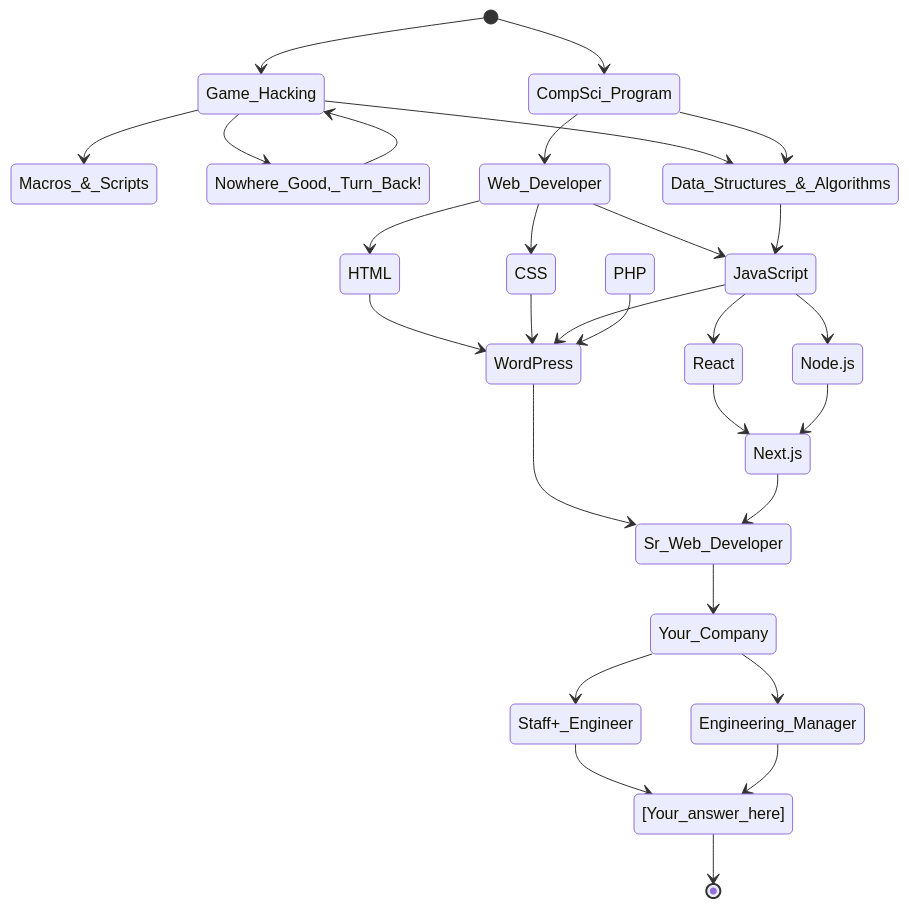
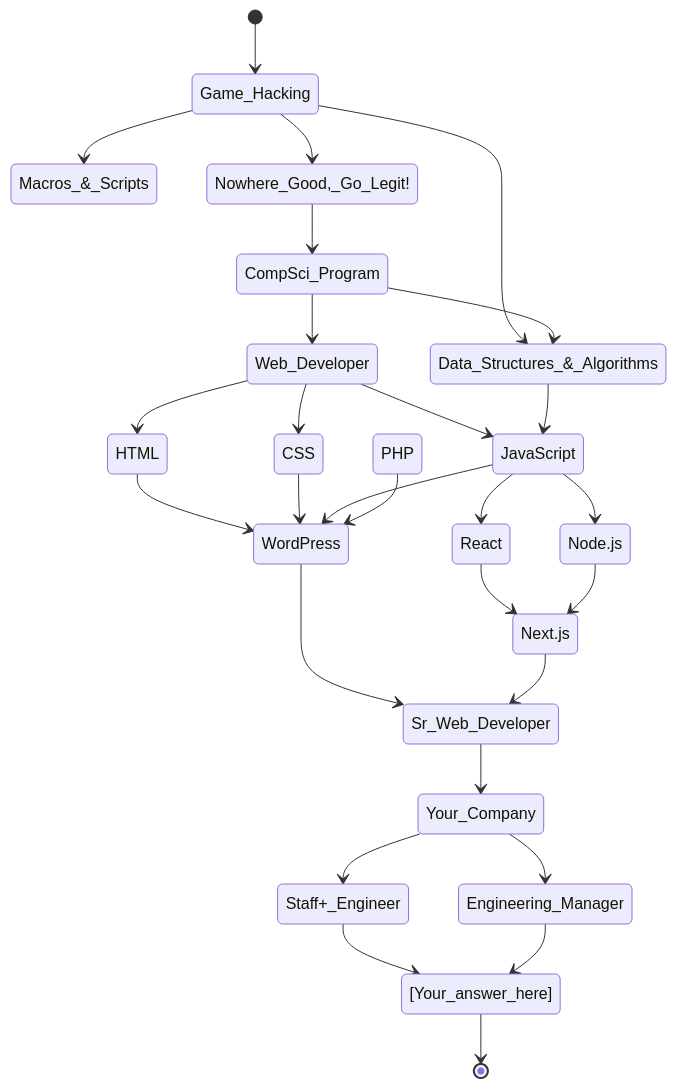
The diagram in README.md (delster/delster), drawn with Mermaid before and after one commit.

Commit message:
Graph Clarity
Tightened early career path in the `mermaid` graph

````diff
--- a/README.md
+++ b/README.md
@@ -9,31 +9,30 @@
 ```mermaid
 stateDiagram-v2
     [*] --> Game_Hacking
     Game_Hacking --> Macros_&_Scripts
-    Game_Hacking --> Nowhere_Good,_Turn_Back!
-    Nowhere_Good,_Turn_Back! --> Game_Hacking
+    Game_Hacking --> Nowhere_Good,_Go_Legit!
+    Nowhere_Good,_Go_Legit! --> CompSci_Program
     Game_Hacking --> Data_Structures_&_Algorithms
-    [*] --> CompSci_Program
     CompSci_Program --> Data_Structures_&_Algorithms
     CompSci_Program --> Web_Developer
     Web_Developer --> HTML
     Web_Developer --> CSS
     Web_Developer --> JavaScript
     Data_Structures_&_Algorithms --> JavaScript
     HTML --> WordPress
     CSS --> WordPress
     JavaScript --> WordPress
     PHP --> WordPress
     WordPress --> Sr_Web_Developer
     JavaScript --> React
     JavaScript --> Node.js
     React --> Next.js
     Node.js --> Next.js
     Next.js --> Sr_Web_Developer
     Sr_Web_Developer --> Your_Company
     Your_Company --> Staff+_Engineer
     Your_Company --> Engineering_Manager
     Staff+_Engineer --> [Your_answer_here]
     Engineering_Manager --> [Your_answer_here]
     [Your_answer_here] --> [*]        
 ```
````
